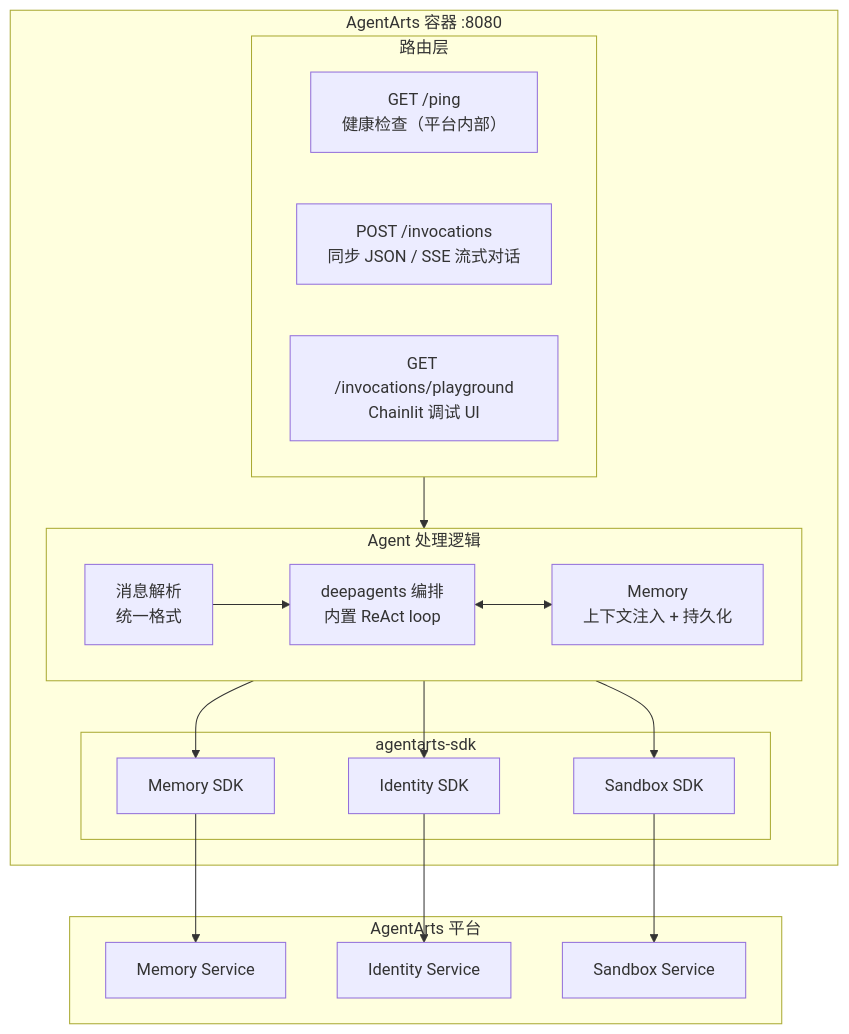
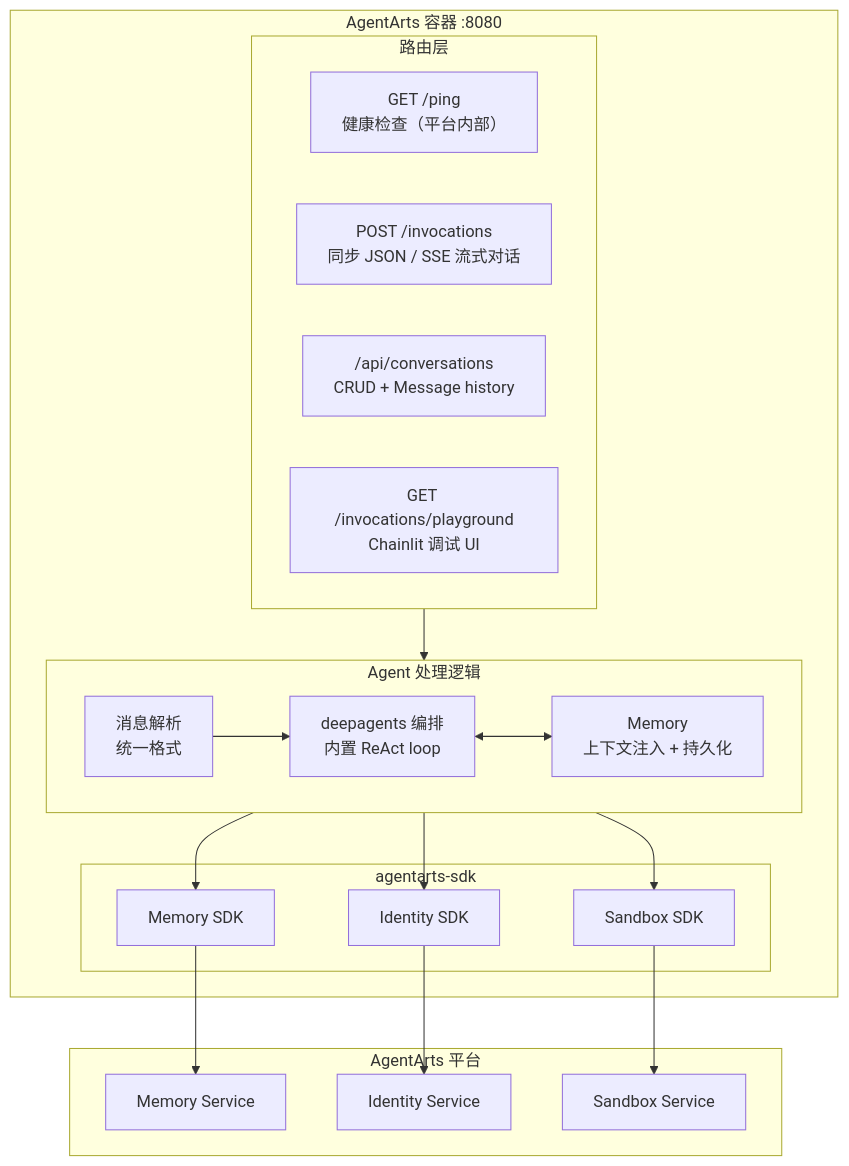
The first of 5 diagrams in personal-assistant-meta/architecture/backend_architecture.md (T-1009/personal-assistant), drawn with Mermaid before and after one commit. The commit also changed other lines of this file and 105 other files, not shown here.

````diff
--- a/personal-assistant-meta/architecture/backend_architecture.md
+++ b/personal-assistant-meta/architecture/backend_architecture.md
@@ -11,36 +13,37 @@
 ```mermaid
 flowchart TB
     subgraph Container["AgentArts 容器 :8080"]
         subgraph Routes["路由层"]
             Ping["GET /ping<br/>健康检查（平台内部）"]
             Invoke["POST /invocations<br/>同步 JSON / SSE 流式对话"]
+            Conversations["/api/conversations<br/>CRUD + Message history"]
             Playground["GET /invocations/playground<br/>Chainlit 调试 UI"]
         end
 
         subgraph Handler["Agent 处理逻辑"]
             direction LR
             Parse["消息解析<br/>统一格式"]
             Orchestrate["deepagents 编排<br/>内置 ReAct loop"]
             Memory["Memory<br/>上下文注入 + 持久化"]
         end
 
         subgraph SDK["agentarts-sdk"]
             MemSDK["Memory SDK"]
             IdentitySDK["Identity SDK"]
             SandboxSDK["Sandbox SDK"]
         end
     end
 
     subgraph Platform["AgentArts 平台"]
         MemSvc["Memory Service"]
         IdSvc["Identity Service"]
         SandSvc["Sandbox Service"]
     end
 
     Routes --> Parse
     Parse --> Orchestrate
     Orchestrate <--> Memory
     Memory --> MemSDK --> MemSvc
     Orchestrate --> IdentitySDK --> IdSvc
     Orchestrate --> SandboxSDK --> SandSvc
 ```
````
